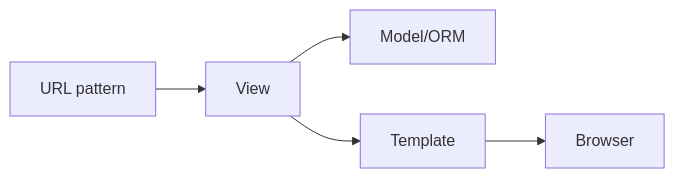
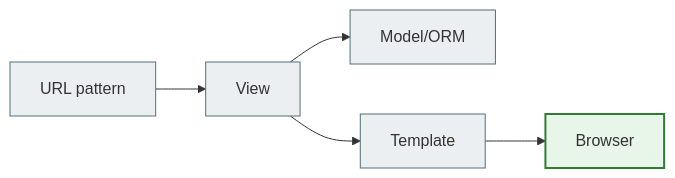
One commit to NikoriakViktot/notes_chat_app changed the second of 8 diagrams in docs/ARCHITECTURE.md. Above: the diagram before and after it, drawn with Mermaid. The commit also changed other lines of this file and 441 other files, not shown here.

First line of the commit message:
Add English version of the book, Mermaid standard, docs fixes

````diff
--- a/docs/ARCHITECTURE.md
+++ b/docs/ARCHITECTURE.md
@@ -28,7 +34,13 @@
 ```mermaid
 flowchart LR
     URL["URL pattern"] --> View["View"]
     View --> Model["Model/ORM"]
     View --> Template["Template"]
     Template --> Browser["Browser"]
+
+    classDef step     fill:#eceff1,stroke:#546e7a,stroke-width:1px;
+    classDef success  fill:#e8f5e9,stroke:#2e7d32,stroke-width:2px;
+
+    class URL,View,Model,Template step;
+    class Browser success;
 ```
````
